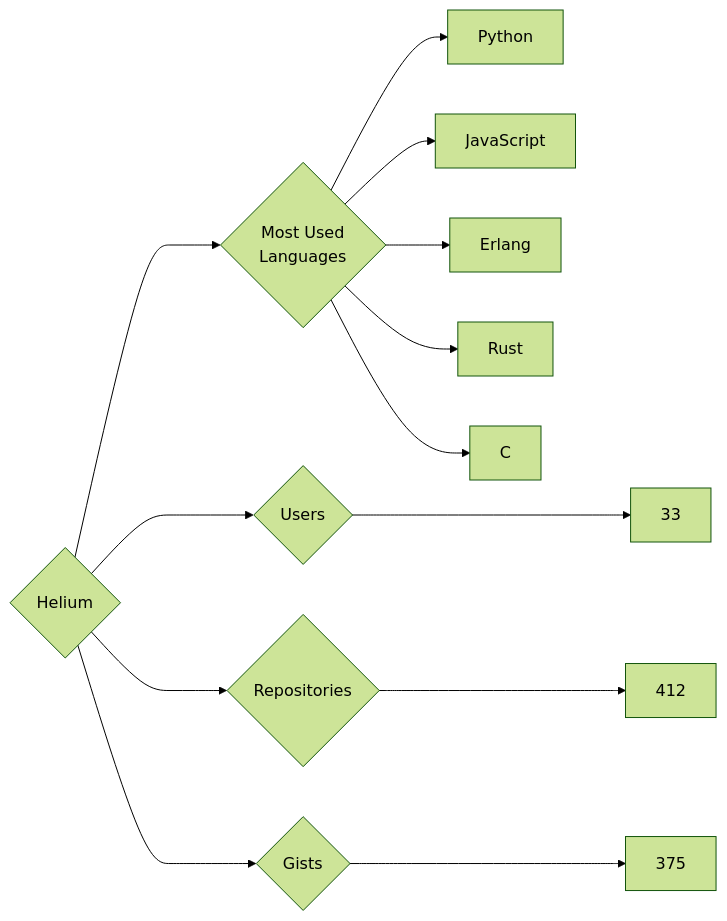
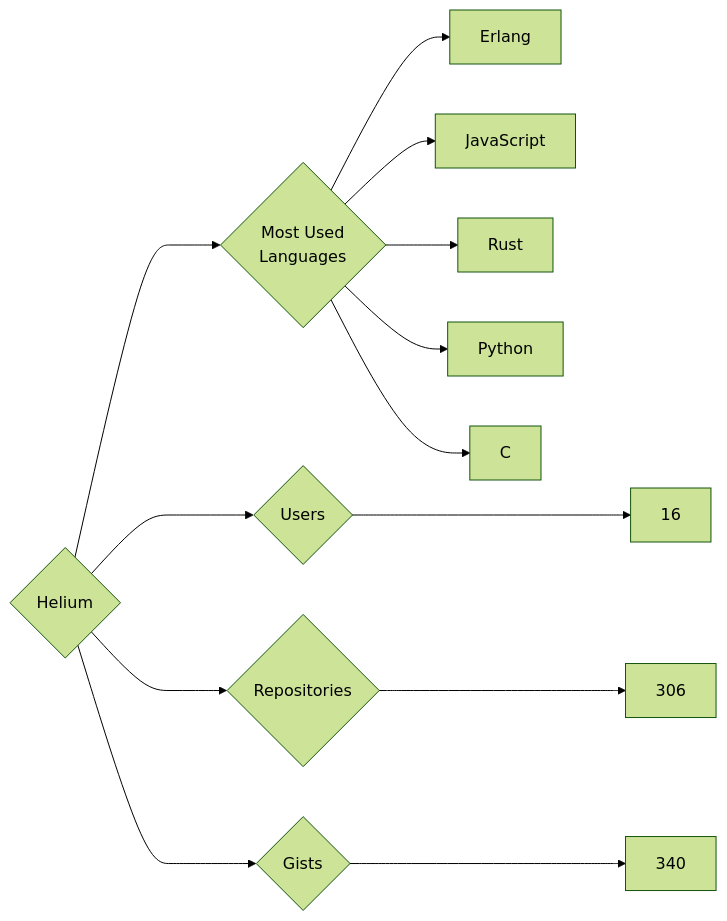
The diagram in targets/Helium/README.md (trickest/insiders), drawn with Mermaid (forest theme) before and after one commit. The commit also changed 845 other files, not shown here.

````diff
--- a/targets/Helium/README.md
+++ b/targets/Helium/README.md
@@ -3,13 +3,13 @@
 ```mermaid
 graph LR
 COMPANY_NAME{Helium}
-COMPANY_NAME ---> U{Users} ---> UN[33]
-COMPANY_NAME ---> R{Repositories} ---> RN[412]
-COMPANY_NAME ---> G{Gists} ---> GN[375]
+COMPANY_NAME ---> U{Users} ---> UN[16]
+COMPANY_NAME ---> R{Repositories} ---> RN[306]
+COMPANY_NAME ---> G{Gists} ---> GN[340]
 COMPANY_NAME ---> ML{Most Used<br>Languages}
+ML --> Erlang[Erlang]
+ML --> JavaScript[JavaScript]
+ML --> Rust[Rust]
 ML --> Python[Python]
-ML --> JavaScript[JavaScript]
-ML --> Erlang[Erlang]
-ML --> Rust[Rust]
 ML --> C[C]
 ```
````
